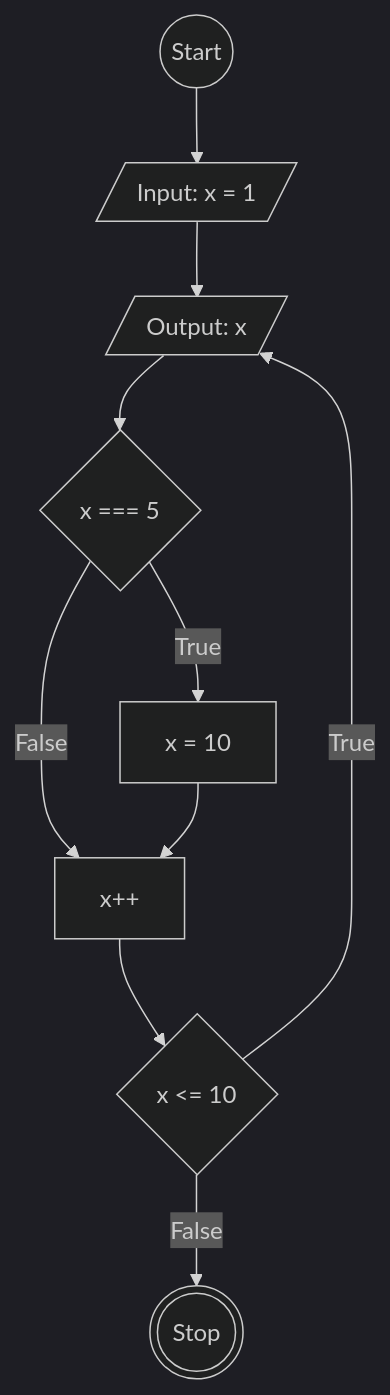
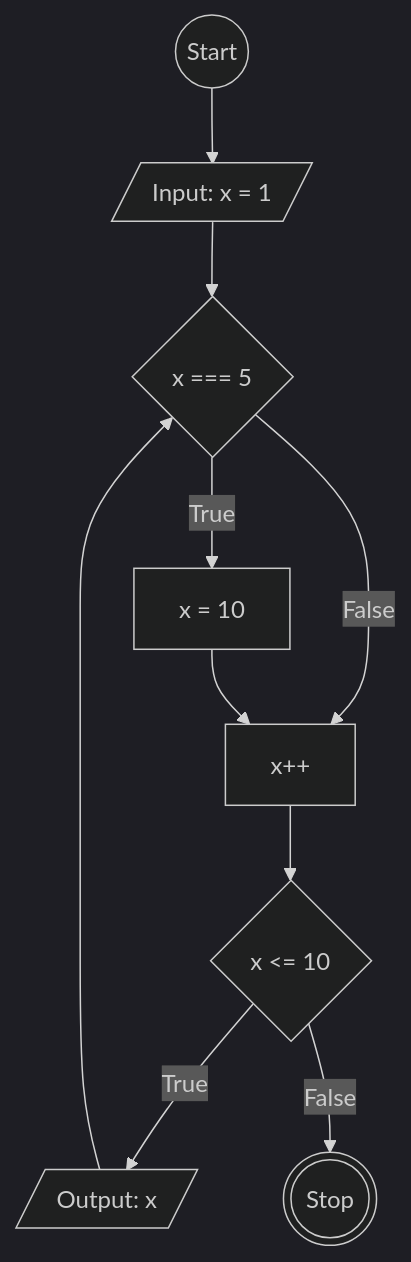
The second of 2 diagrams in flowchart-loop.md (Vincentius31/koda-b6-javascript1), drawn with Mermaid (dark theme) before and after one commit.

````diff
--- a/flowchart-loop.md
+++ b/flowchart-loop.md
@@ -23,19 +23,19 @@
 ```mermaid
 flowchart TD
 idStart((Start))
 idInisialisasi[/Input: x = 1/]
 idKondisi{x <= 10}
 idProses[/Output: x/]
 idKondisi2{x === 5}
 idKondisi2True[x = 10]
 idKondisi2False[x++]
 idStop(((Stop)))
 
-idStart --> idInisialisasi --> idProses --> idKondisi2 
+idStart --> idInisialisasi --> idKondisi2 
 idKondisi2 -- True --> idKondisi2True
 idKondisi2 -- False --> idKondisi2False
-idKondisi2True --> idKondisi2False
+idKondisi2True --> idKondisi2False 
 idKondisi2False --> idKondisi
-idKondisi -- True --> idProses
+idKondisi -- True --> idProses --> idKondisi2
 idKondisi -- False --> idStop
 ```
````
